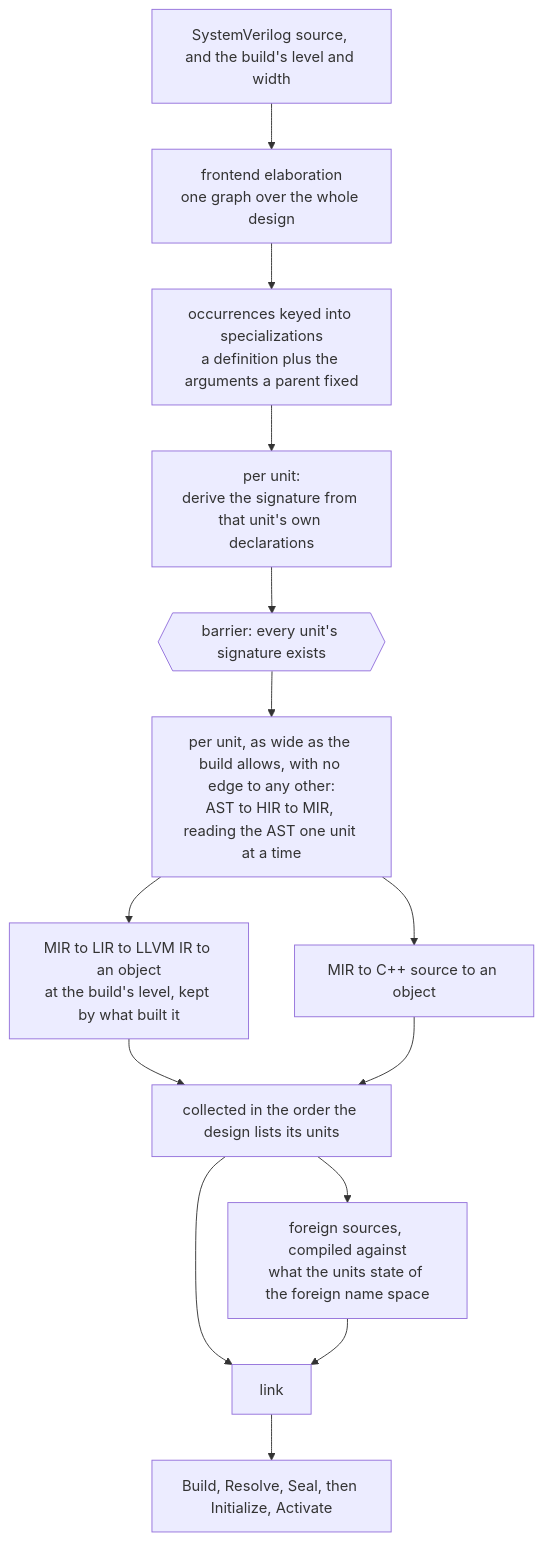
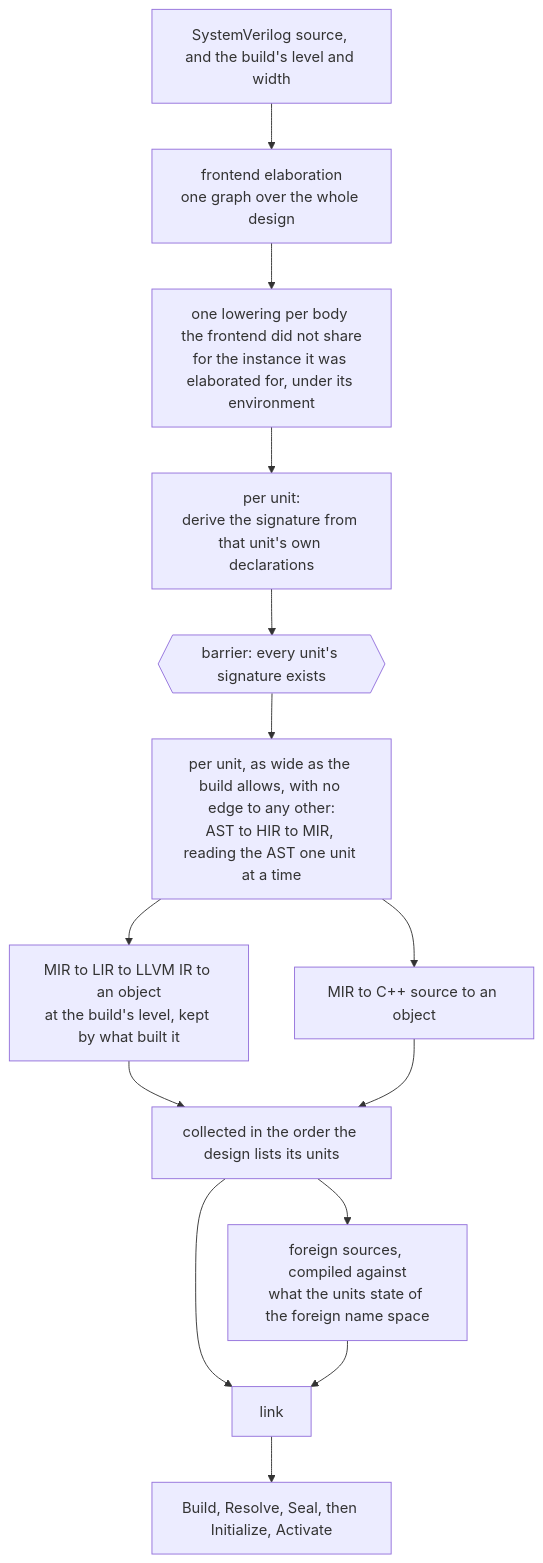
One commit to hankhsu1996/lyra changed the diagram in docs/architecture/compiler_overview.md. Above: the diagram before and after it, drawn with Mermaid. The commit also changed 133 other files, not shown here.

First line of the commit message:
Lower every body the front end does not share (#1867)

````diff
--- a/docs/architecture/compiler_overview.md
+++ b/docs/architecture/compiler_overview.md
@@ -43,18 +43,18 @@
 ```mermaid
 flowchart TB
   SRC["SystemVerilog source, and the build's level and width"] --> FE["frontend elaboration<br/>one graph over the whole design"]
-  FE --> SP["occurrences keyed into specializations<br/>a definition plus the arguments a parent fixed"]
+  FE --> SP["one lowering per body the frontend did not share<br/>for the instance it was elaborated for, under its environment"]
 
   SP --> D["per unit:<br/>derive the signature from that unit's own declarations"]
   D --> BAR{{"barrier: every unit's signature exists"}}
 
   BAR --> U["per unit, as wide as the build allows, with no edge to any other:<br/>AST to HIR to MIR, reading the AST one unit at a time"]
   U --> LIR["MIR to LIR to LLVM IR to an object<br/>at the build's level, kept by what built it"]
   U --> CPP["MIR to C++ source to an object"]
   LIR --> COL["collected in the order the design lists its units"]
   CPP --> COL
   COL --> FGN["foreign sources, compiled against<br/>what the units state of the foreign name space"]
   COL --> LNK["link"]
   FGN --> LNK
   LNK --> RUN["Build, Resolve, Seal, then Initialize, Activate"]
 ```
````
